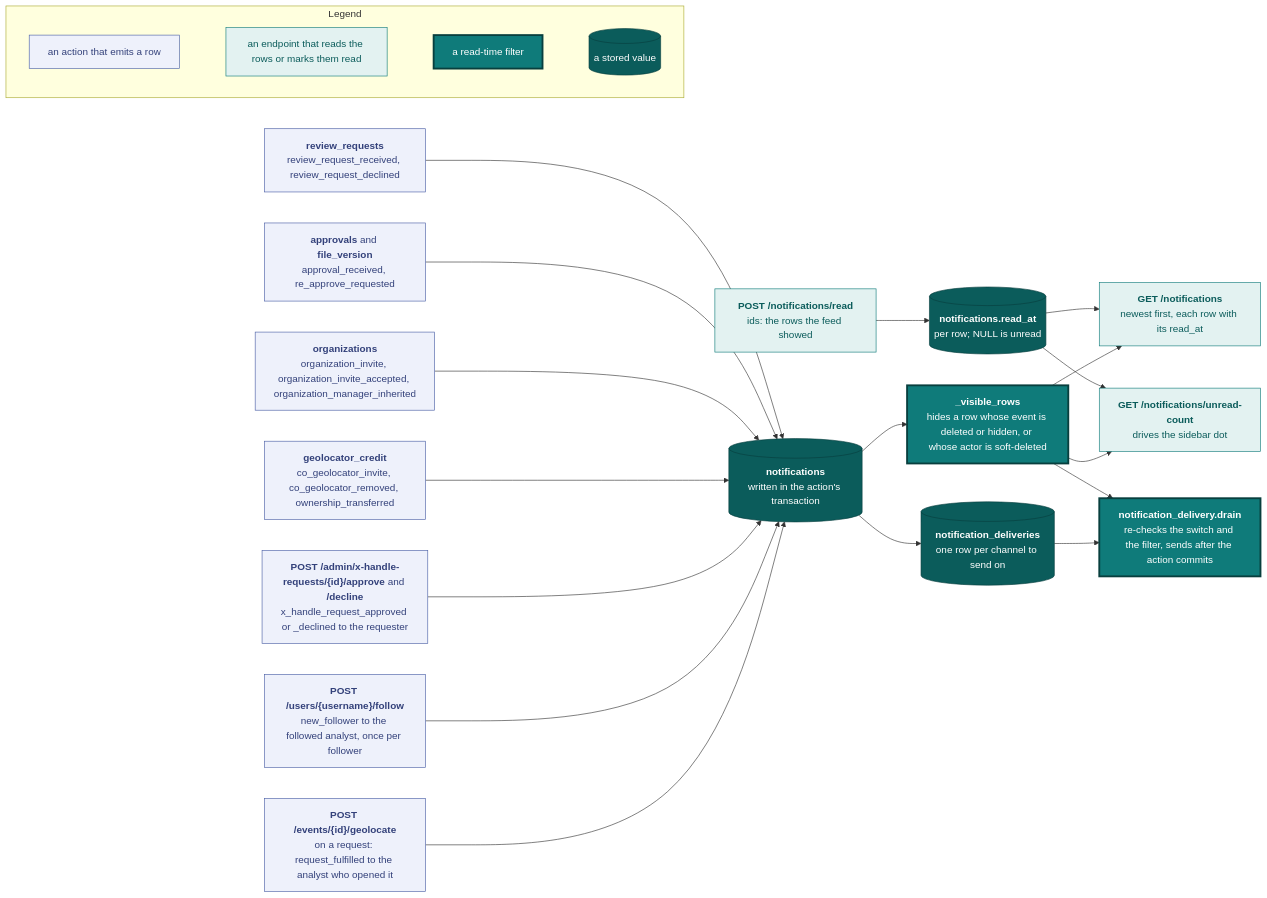
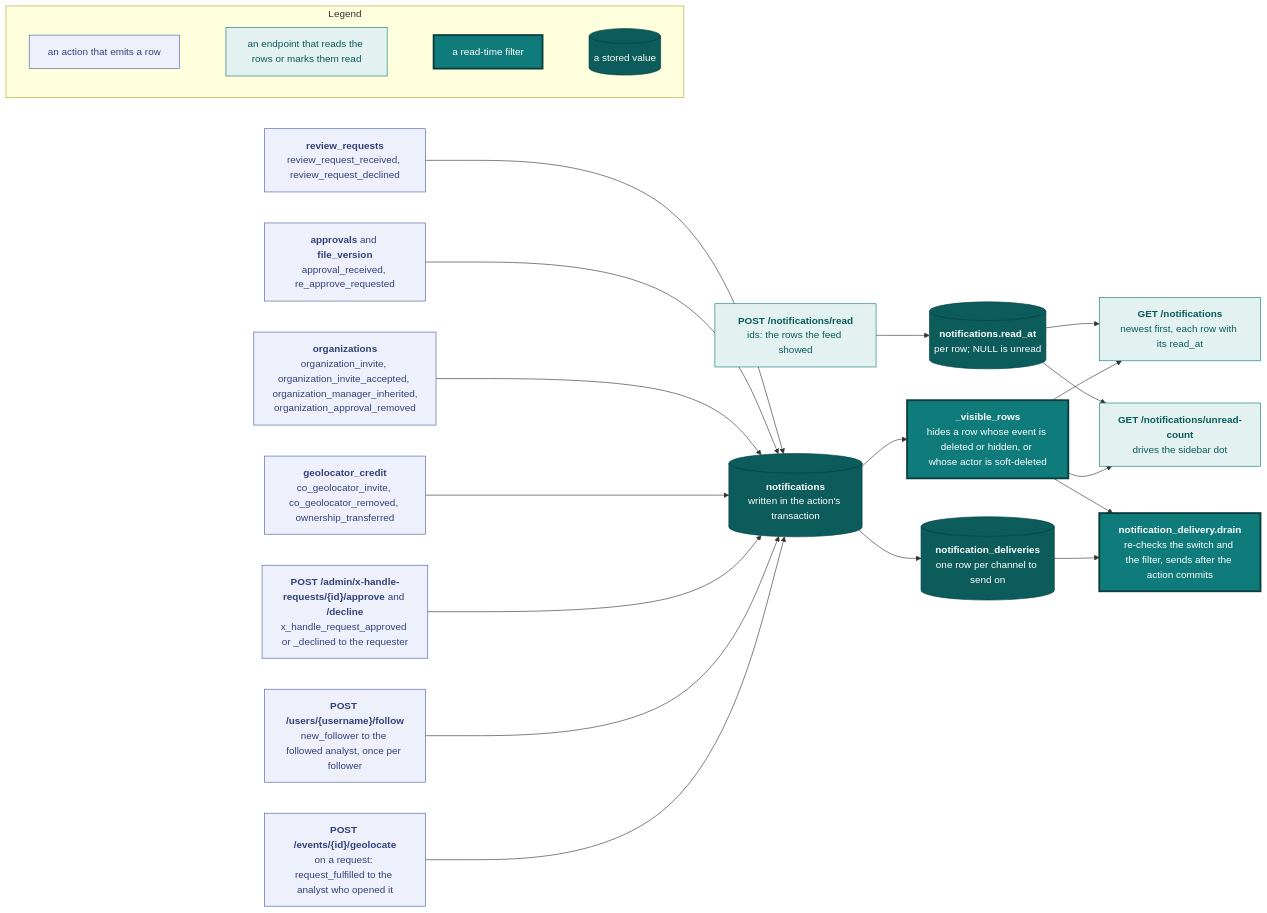
Before and after one commit to vidithq/vidit: the seventh of 8 diagrams in docs/api.md, drawn with Mermaid. The commit also changed other lines of this file and 20 other files, not shown here.

````diff
--- a/docs/api.md
+++ b/docs/api.md
@@ -2519,63 +2520,64 @@
 ```mermaid
 flowchart LR
   classDef spec fill:#eef1fb,stroke:#4a5fa5,color:#33417a
   classDef shared fill:#e3f2f1,stroke:#0f7b7a,color:#0b5c5b
   classDef core fill:#0f7b7a,stroke:#083f3e,stroke-width:3px,color:#ffffff
   classDef store fill:#0b5c5b,stroke:#083f3e,color:#ffffff
 
   subgraph legend [Legend]
     direction LR
     l1["`an action that emits a row`"]:::spec
     l2["`an endpoint that reads the rows or marks them read`"]:::shared
     l3["`a read-time filter`"]:::core
     l4[("`a stored value`")]:::store
     l1 ~~~ l2 ~~~ l3 ~~~ l4
   end
 
   geolocate["`**POST /events/{id}/geolocate**
   on a request: request_fulfilled to the analyst who opened it`"]:::spec
   follow["`**POST /users/{username}/follow**
   new_follower to the followed analyst, once per follower`"]:::spec
   xhandle["`**POST /admin/x-handle-requests/{id}/approve** and **/decline**
   x_handle_request_approved or _declined to the requester`"]:::spec
   credit["`**geolocator_credit**
   co_geolocator_invite, co_geolocator_removed, ownership_transferred`"]:::spec
   orgs["`**organizations**
-  organization_invite, organization_invite_accepted, organization_manager_inherited`"]:::spec
+  organization_invite, organization_invite_accepted, organization_manager_inherited,
+  organization_approval_removed`"]:::spec
   approvals["`**approvals** and **file_version**
   approval_received, re_approve_requested`"]:::spec
   reviews["`**review_requests**
   review_request_received, review_request_declined`"]:::spec
   rows[("`**notifications**
   written in the action's transaction`")]:::store
   visible["`**_visible_rows**
   hides a row whose event is deleted or hidden, or whose actor is soft-deleted`"]:::core
   feed["`**GET /notifications**
   newest first, each row with its read_at`"]:::shared
   count["`**GET /notifications/unread-count**
   drives the sidebar dot`"]:::shared
   read["`**POST /notifications/read**
   ids: the rows the feed showed`"]:::shared
   readat[("`**notifications.read_at**
   per row; NULL is unread`")]:::store
   queue[("`**notification_deliveries**
   one row per channel to send on`")]:::store
   worker["`**notification_delivery.drain**
   re-checks the switch and the filter, sends after the action commits`"]:::core
 
   geolocate --> rows
   follow --> rows
   xhandle --> rows
   credit --> rows
   orgs --> rows
   approvals --> rows
   reviews --> rows
   rows --> visible
   visible --> feed
   visible --> count
   read --> readat
   readat --> count
   readat --> feed
   rows --> queue --> worker
   visible --> worker
 ```
````
